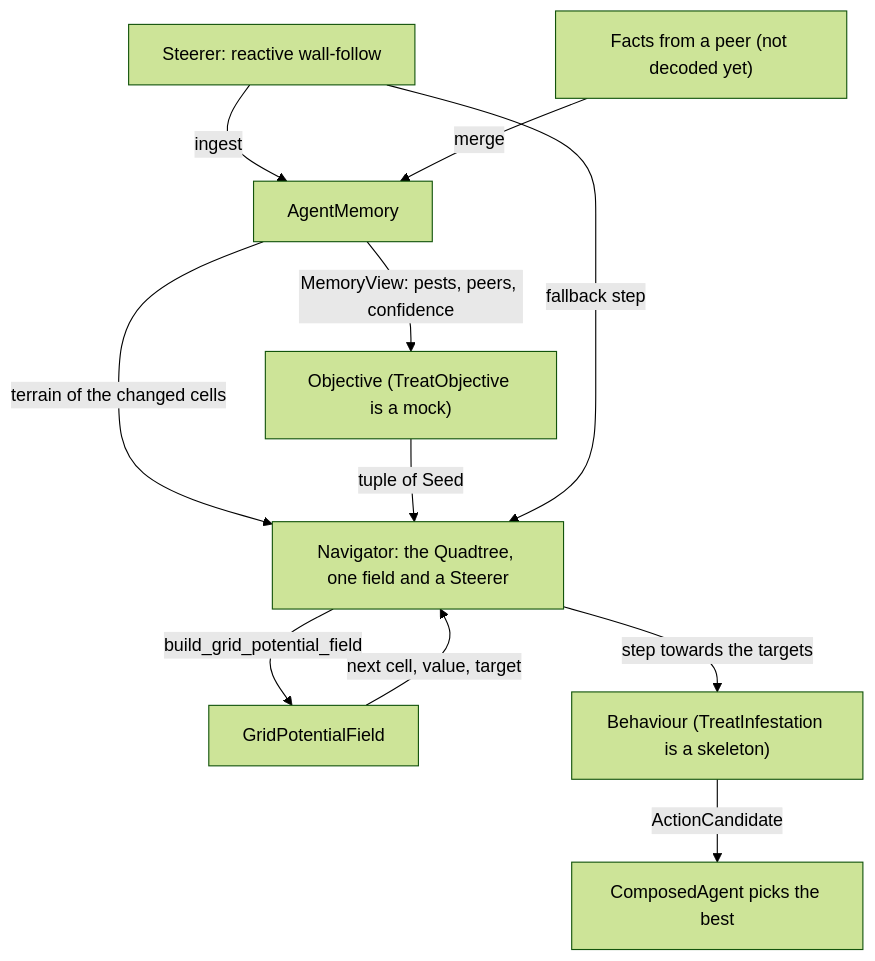
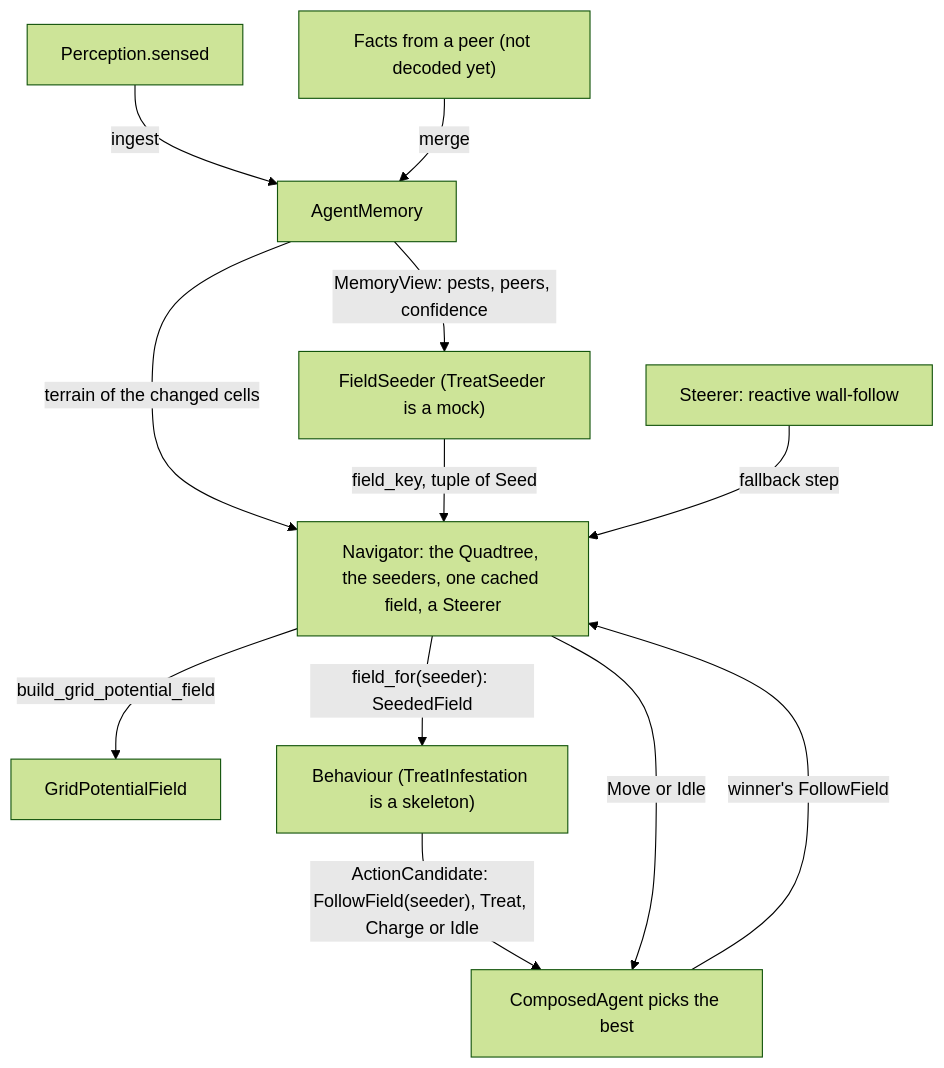
One commit to TychoGrapendaal/JIP_Swarm_Field changed the first of 2 diagrams in docs/robot-memory-and-navigation.md. Above: the diagram before and after it, drawn with Mermaid (forest theme). The commit also changed other lines of this file and 5 other files, not shown here.

````diff
--- a/docs/robot-memory-and-navigation.md
+++ b/docs/robot-memory-and-navigation.md
@@ -5,13 +5,14 @@
 ```mermaid
 flowchart TD
     S["Perception.sensed"] -->|ingest| M["AgentMemory"]
     P["Facts from a peer (not decoded yet)"] -->|merge| M
-    M -->|"MemoryView: pests, peers, confidence"| O["Objective (TreatObjective is a mock)"]
-    M -->|"terrain of the changed cells"| N["Navigator: the Quadtree, one field and a Steerer"]
-    O -->|"tuple of Seed"| N
+    M -->|"MemoryView: pests, peers, confidence"| O["FieldSeeder (TreatSeeder is a mock)"]
+    M -->|"terrain of the changed cells"| N["Navigator: the Quadtree, the seeders, one cached field, a Steerer"]
+    O -->|"field_key, tuple of Seed"| N
     N -->|build_grid_potential_field| F["GridPotentialField"]
-    F -->|"next cell, value, target"| N
-    S["Steerer: reactive wall-follow"] -->|"fallback step"| N
-    N -->|"step towards the targets"| H["Behaviour (TreatInfestation is a skeleton)"]
-    H -->|ActionCandidate| A["ComposedAgent picks the best"]
+    N -->|"field_for(seeder): SeededField"| H["Behaviour (TreatInfestation is a skeleton)"]
+    H -->|"ActionCandidate: FollowField(seeder), Treat, Charge or Idle"| A["ComposedAgent picks the best"]
+    A -->|"winner's FollowField"| N
+    ST["Steerer: reactive wall-follow"] -->|"fallback step"| N
+    N -->|"Move or Idle"| A
 ```
````
